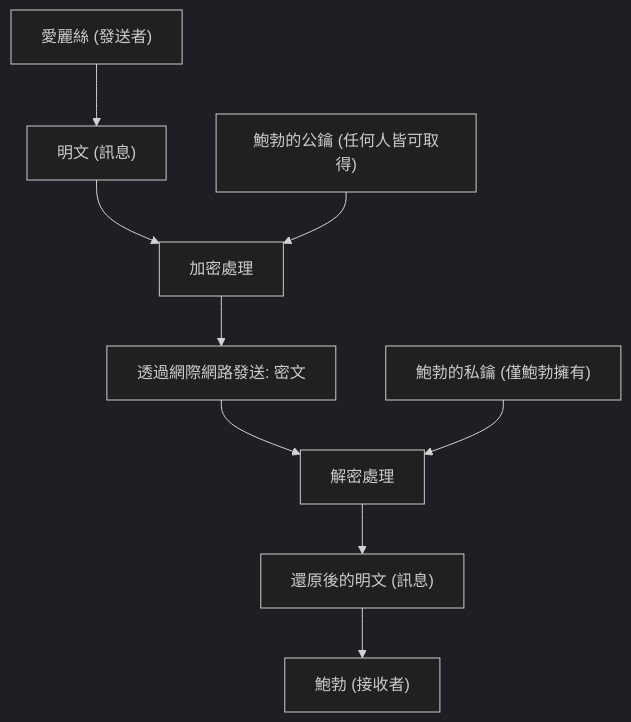
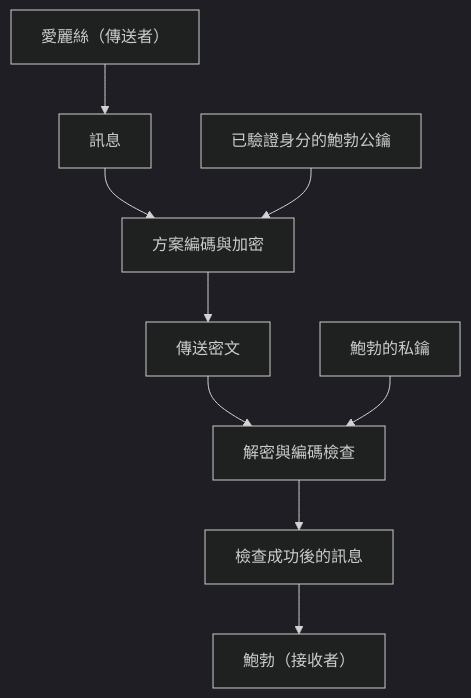
One commit to kenjinote/blog changed the first of 3 diagrams in content/post/rsa暗号の仕組みを高校生でもわかるように説明する/index.zh-tw.md. Above: the diagram before and after it, drawn with Mermaid (dark theme). The commit also changed other lines of this file and 5 other files, not shown here.

````diff
--- a/content/post/rsa暗号の仕組みを高校生でもわかるように説明する/index.zh-tw.md
+++ b/content/post/rsa暗号の仕組みを高校生でもわかるように説明する/index.zh-tw.md
@@ -45,11 +23,11 @@
 ```mermaid
 graph TD
-    A["愛麗絲 (發送者)"] --> B["明文 (訊息)"]
-    B --> C["加密處理"]
-    D["鮑勃的公鑰 (任何人皆可取得)"] --> C
-    C --> E["透過網際網路發送: 密文"]
-    E --> F["解密處理"]
-    G["鮑勃的私鑰 (僅鮑勃擁有)"] --> F
-    F --> H["還原後的明文 (訊息)"]
-    H --> I["鮑勃 (接收者)"]
+    A["愛麗絲（傳送者）"] --> B["訊息"]
+    B --> C["方案編碼與加密"]
+    D["已驗證身分的鮑勃公鑰"] --> C
+    C --> E["傳送密文"]
+    E --> F["解密與編碼檢查"]
+    G["鮑勃的私鑰"] --> F
+    F --> H["檢查成功後的訊息"]
+    H --> I["鮑勃（接收者）"]
 ```
````
